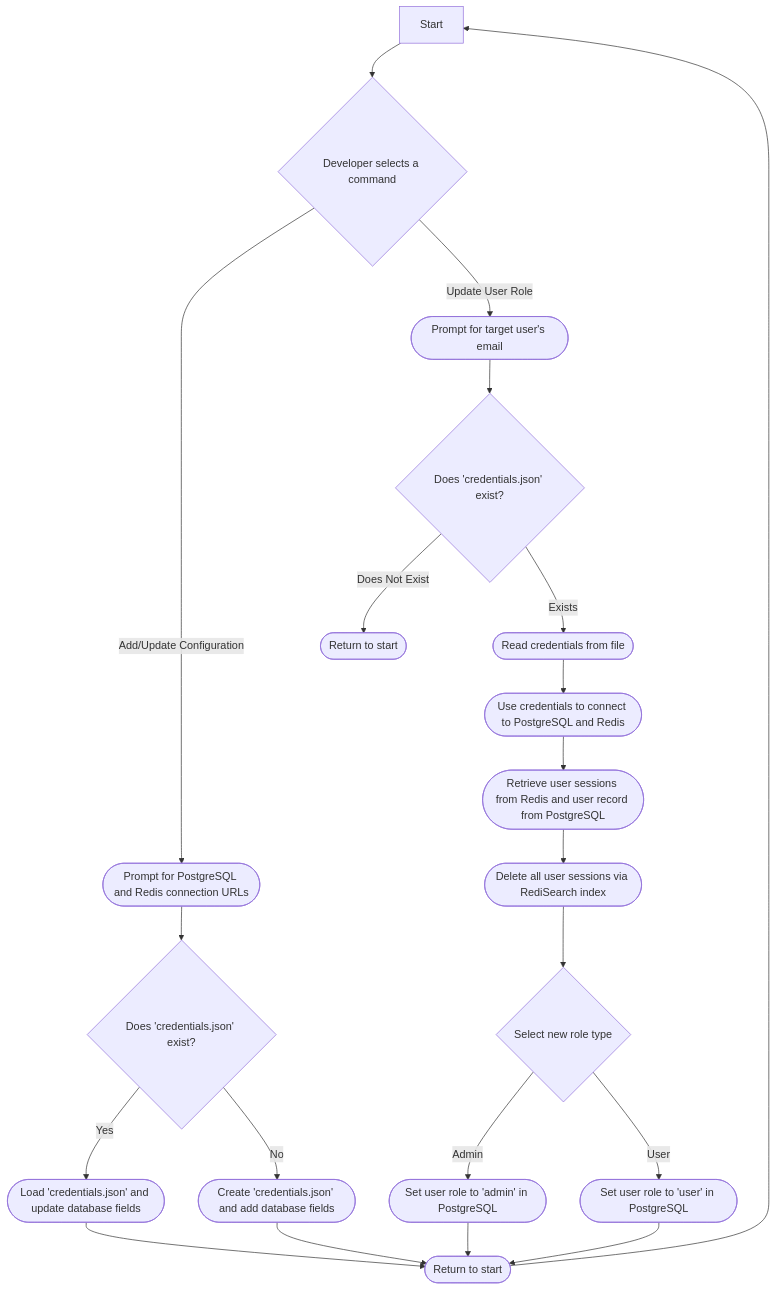
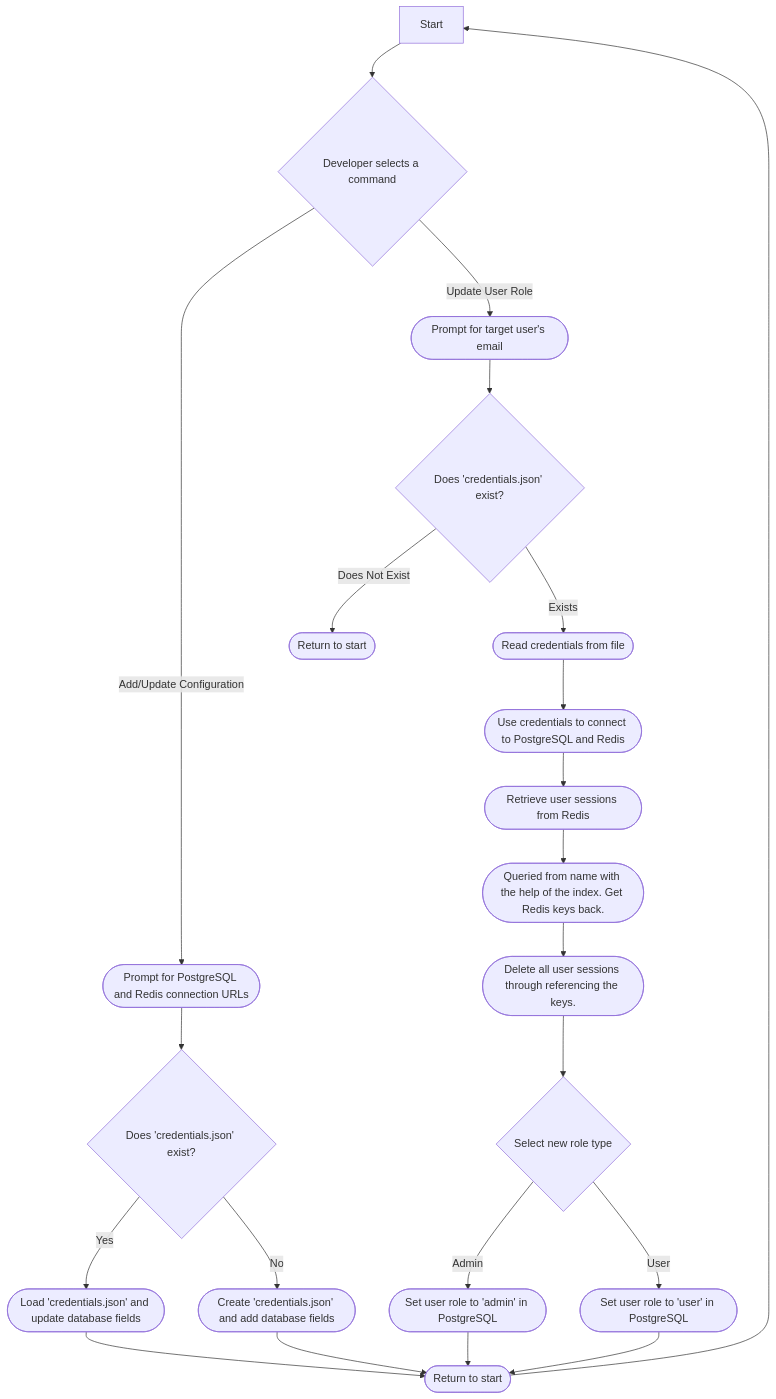
One commit to Hemit99123/stocksavvy-software-designs changed the diagram in ract.md. Above: the diagram before and after it, drawn with Mermaid.

Commit message:
updated flow chart to properly include the index + redisearch query

````diff
--- a/ract.md
+++ b/ract.md
@@ -11,26 +11,27 @@
 ```mermaid
 flowchart 
     Start["Start"] --> CommandChoice{"Developer selects a command"}
     
     CommandChoice -- Add/Update Configuration --> RequestDBCredentials(["Prompt for PostgreSQL and Redis connection URLs"])
     RequestDBCredentials --> CheckConfigFile{"Does 'credentials.json' exist?"}
     CheckConfigFile -- Yes --> LoadAndUpdateConfig(["Load 'credentials.json' and update database fields"])
     CheckConfigFile -- No --> CreateConfigFile(["Create 'credentials.json' and add database fields"])
     LoadAndUpdateConfig --> ReturnToStart(["Return to start"])
     CreateConfigFile --> ReturnToStart
 
     CommandChoice -- Update User Role --> RequestUserEmail(["Prompt for target user's email"])
     RequestUserEmail --> CheckCredentialsFile{"Does 'credentials.json' exist?"}
     CheckCredentialsFile -- Exists --> ReadCredentials(["Read credentials from file"])
     CheckCredentialsFile -- Does Not Exist --> ReturnToStart2(["Return to start"])
     ReadCredentials --> ConnectToDB(["Use credentials to connect to PostgreSQL and Redis"])
-    ConnectToDB --> RetrieveUserData(["Retrieve user sessions from Redis and user record from PostgreSQL"])
+    ConnectToDB --> RetrieveUserData(["Retrieve user sessions from Redis"])
+    RetrieveUserData --> QueryFromIndex(["Queried from name with the help of the index. Get Redis keys back."])
+    QueryFromIndex --> DeleteUserSessions(["Delete all user sessions through referencing the keys."])
 
-    RetrieveUserData --> DeleteUserSessions(["Delete all user sessions via RediSearch index"])
     DeleteUserSessions --> PromptForRoleChange{"Select new role type"}
     PromptForRoleChange -- Admin --> UpdateToAdmin(["Set user role to 'admin' in PostgreSQL"])
     PromptForRoleChange -- User --> UpdateToUser(["Set user role to 'user' in PostgreSQL"])
     UpdateToAdmin --> ReturnToStart
     UpdateToUser --> ReturnToStart
     ReturnToStart --> Start
 ```
````
